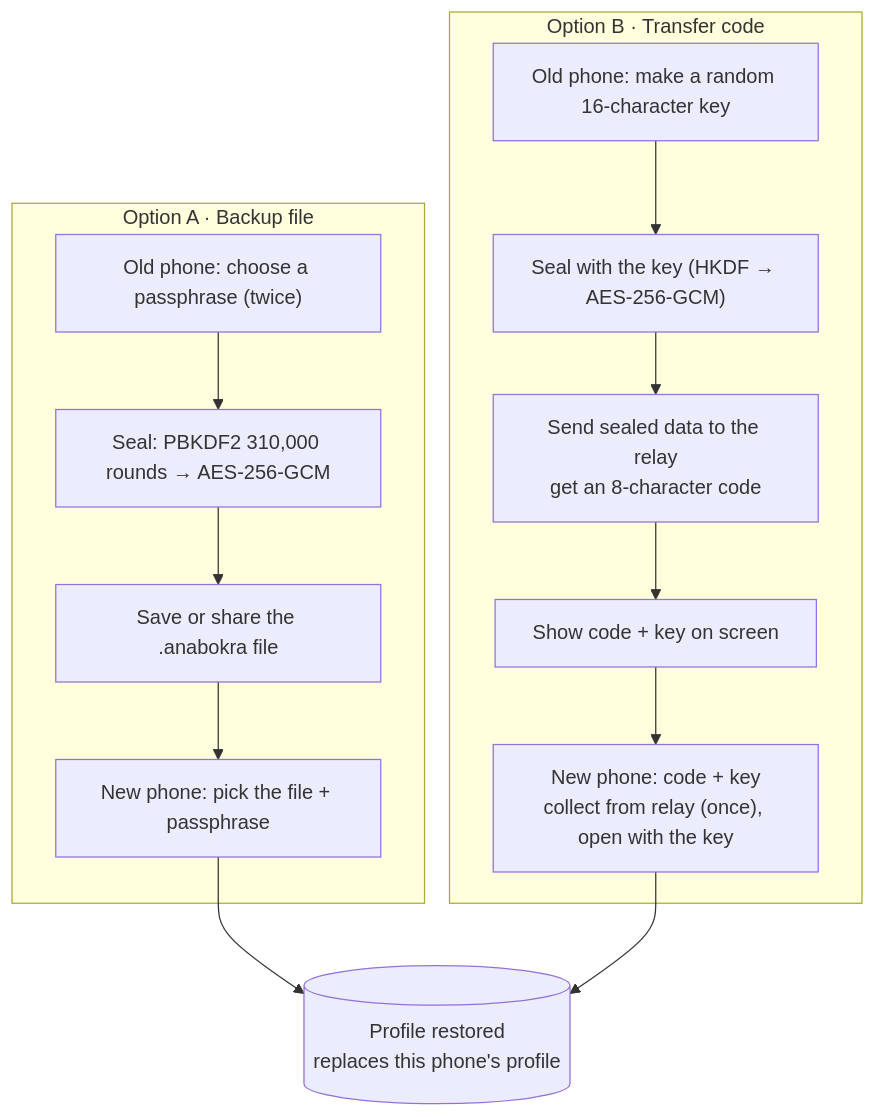
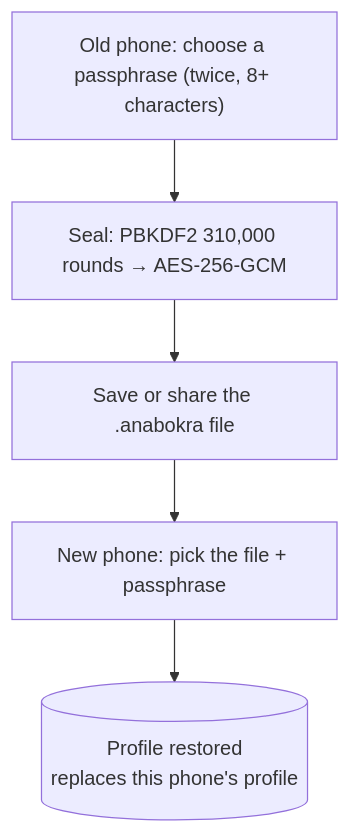
Before and after one commit to geomagdy95-netizen/anaBokra: the tenth of 12 diagrams in docs/system/flows.md, drawn with Mermaid. The commit also changed other lines of this file and 27 other files, not shown here.

````diff
--- a/docs/system/flows.md
+++ b/docs/system/flows.md
@@ -331,16 +291,7 @@
 ```mermaid
 flowchart TB
-    subgraph A["Option A · Backup file"]
-        a1["Old phone: choose a passphrase (twice)"] --> a2["Seal: PBKDF2 310,000 rounds → AES-256-GCM"]
-        a2 --> a3["Save or share the .anabokra file"]
-        a3 --> a4["New phone: pick the file + passphrase"]
-    end
-    subgraph B["Option B · Transfer code"]
-        b1["Old phone: make a random 16-character key"] --> b2["Seal with the key (HKDF → AES-256-GCM)"]
-        b2 --> b3["Send sealed data to the relay<br/>get an 8-character code"]
-        b3 --> b4["Show code + key on screen"]
-        b4 --> b5["New phone: code + key<br/>collect from relay (once), open with the key"]
-    end
+    a1["Old phone: choose a passphrase (twice, 8+ characters)"] --> a2["Seal: PBKDF2 310,000 rounds → AES-256-GCM"]
+    a2 --> a3["Save or share the .anabokra file"]
+    a3 --> a4["New phone: pick the file + passphrase"]
     a4 --> done[("Profile restored<br/>replaces this phone's profile")]
-    b5 --> done
 ```
````
